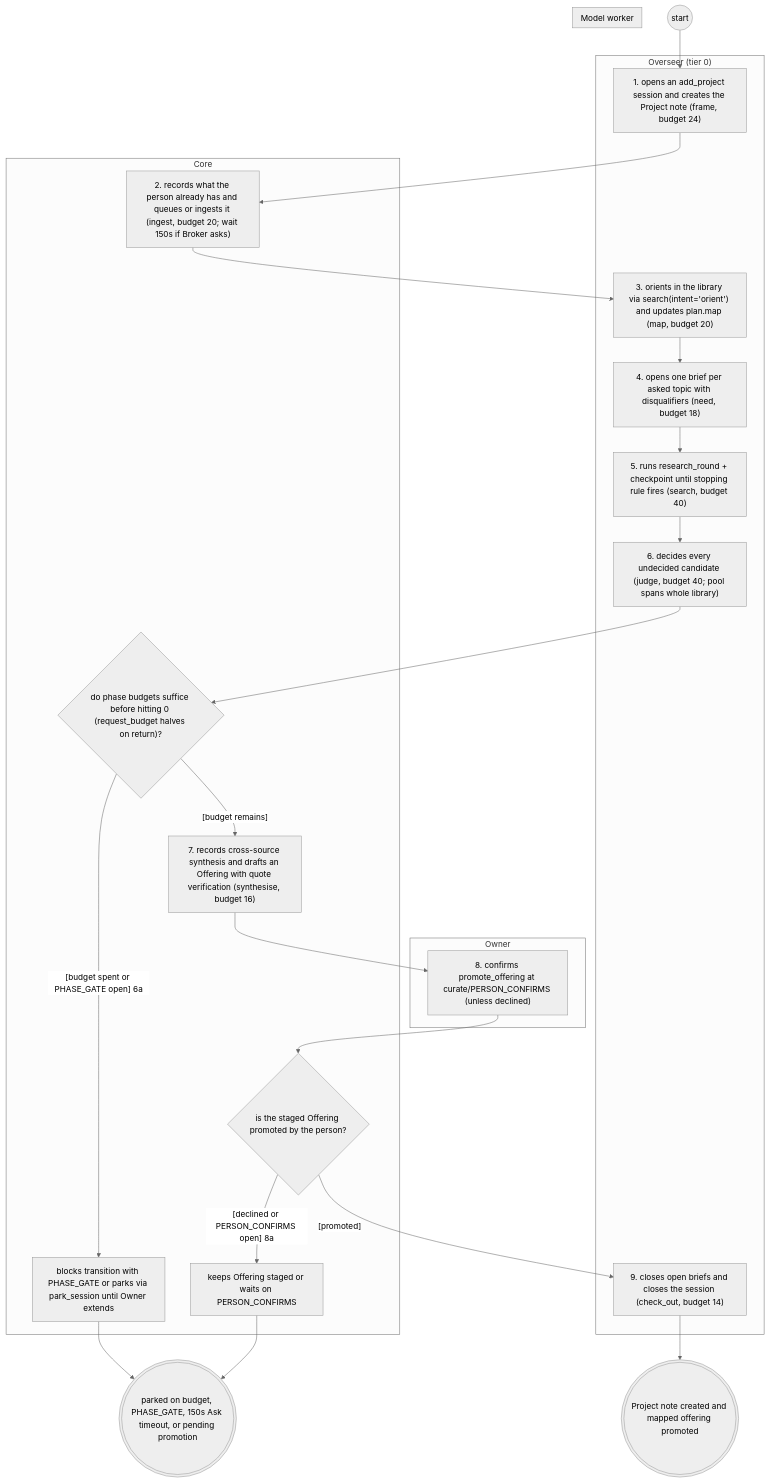
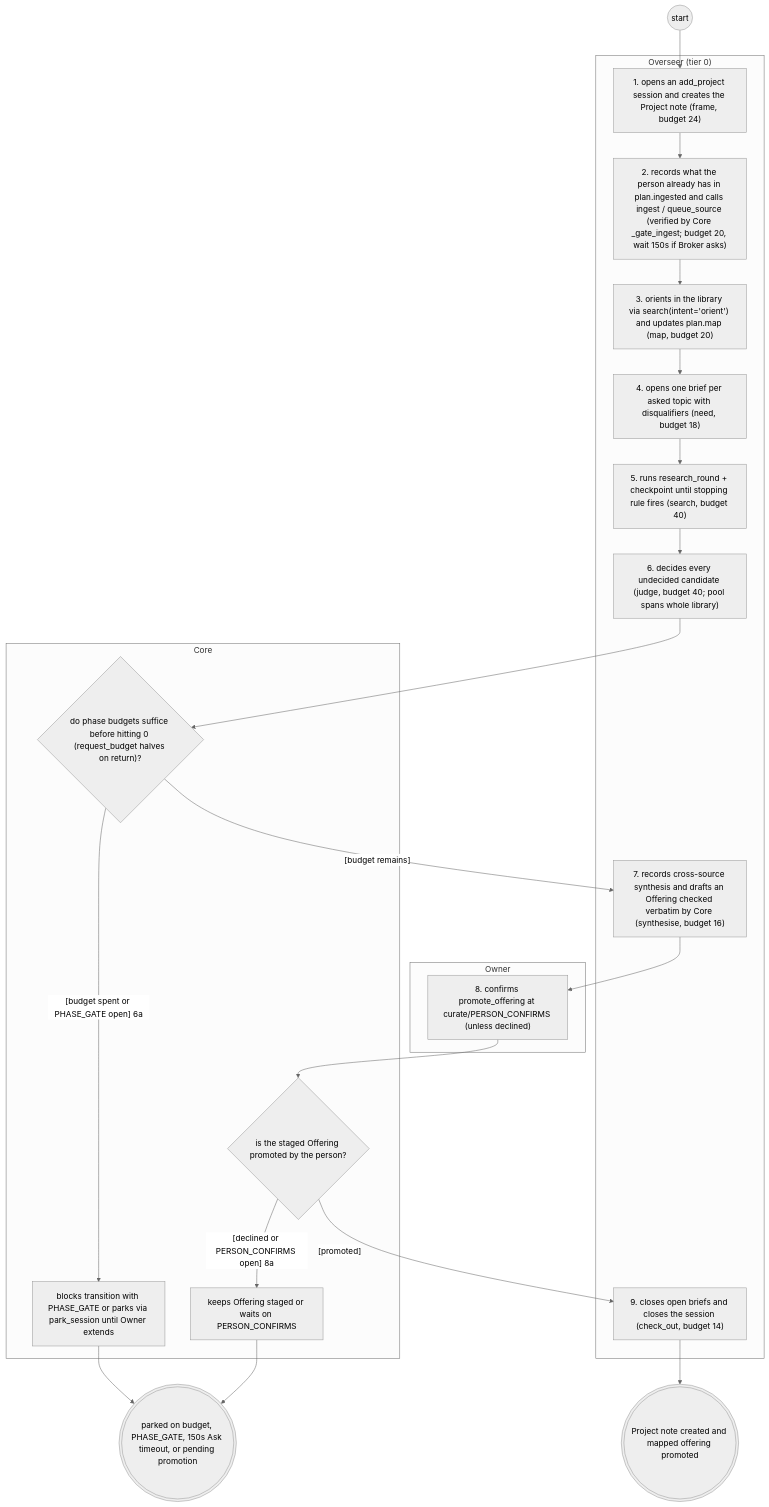
One commit to Jake36999/Librarian_V2 changed the diagram in reports/2026-11-25-systems-analysis-finalisation/librarian/as-is/views/add-project.views.md. Above: the diagram before and after it, drawn with Mermaid (neutral theme). The commit also changed other lines of this file and 35 other files, not shown here.

````diff
--- a/reports/2026-11-25-systems-analysis-finalisation/librarian/as-is/views/add-project.views.md
+++ b/reports/2026-11-25-systems-analysis-finalisation/librarian/as-is/views/add-project.views.md
@@ -45,44 +45,42 @@
 ```mermaid
 flowchart TD
   subgraph Owner["Owner"]
     promote["8. confirms promote_offering at curate/PERSON_CONFIRMS (unless declined)"]
   end
   subgraph Overseer_tier_0_["Overseer (tier 0)"]
     open["1. opens an add_project session and creates the Project note (frame, budget 24)"]
+    ingest["2. records what the person already has in plan.ingested and calls ingest / queue_source (verified by Core _gate_ingest; budget 20, wait 150s if Broker asks)"]
     map["3. orients in the library via search(intent='orient') and updates plan.map (map, budget 20)"]
     need["4. opens one brief per asked topic with disqualifiers (need, budget 18)"]
     search["5. runs research_round + checkpoint until stopping rule fires (search, budget 40)"]
     judge["6. decides every undecided candidate (judge, budget 40; pool spans whole library)"]
+    synth["7. records cross-source synthesis and drafts an Offering checked verbatim by Core (synthesise, budget 16)"]
     close["9. closes open briefs and closes the session (check_out, budget 14)"]
   end
   subgraph Core["Core"]
-    ingest["2. records what the person already has and queues or ingests it (ingest, budget 20; wait 150s if Broker asks)"]
     dbudget{"do phase budgets suffice before hitting 0 (request_budget halves on return)?"}
     park["blocks transition with PHASE_GATE or parks via park_session until Owner extends"]
-    synth["7. records cross-source synthesis and drafts an Offering with quote verification (synthesise, budget 16)"]
     dprom{"is the staged Offering promoted by the person?"}
     hold["keeps Offering staged or waits on PERSON_CONFIRMS"]
-  end
-  subgraph Model_worker["Model worker"]
   end
   s(("start"))
   e1((("Project note created and mapped offering promoted")))
   e_paused((("parked on budget, PHASE_GATE, 150s Ask timeout, or pending promotion")))
   s --> open
   open --> ingest
   ingest --> map
   map --> need
   need --> search
   search --> judge
   judge --> dbudget
   dbudget -->|"[budget remains]"| synth
   dbudget -->|"[budget spent or PHASE_GATE open] 6a"| park
   park --> e_paused
   synth --> promote
   promote --> dprom
   dprom -->|"[promoted]"| close
   dprom -->|"[declined or PERSON_CONFIRMS open] 8a"| hold
   hold --> e_paused
   close --> e1
   classDef ext stroke:#d9534f,stroke-width:2px
 ```
````
